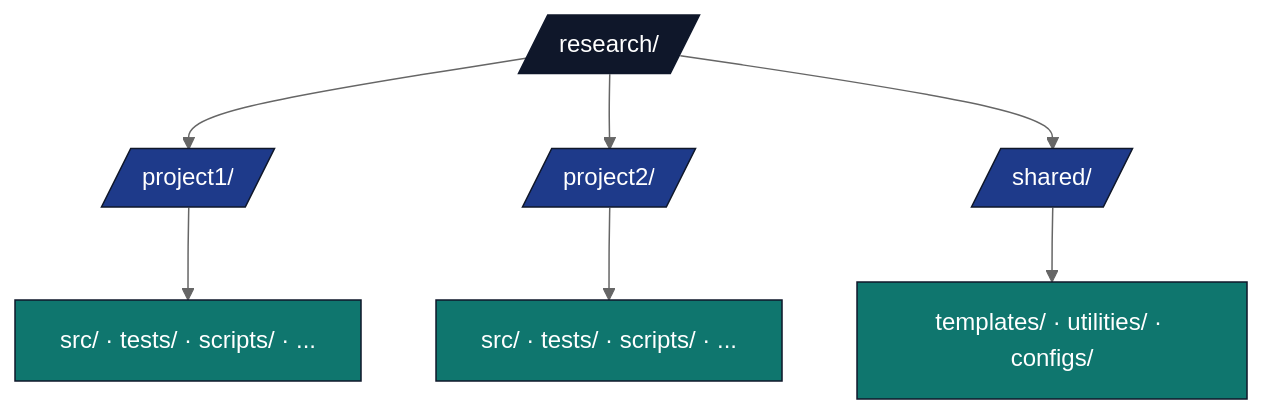
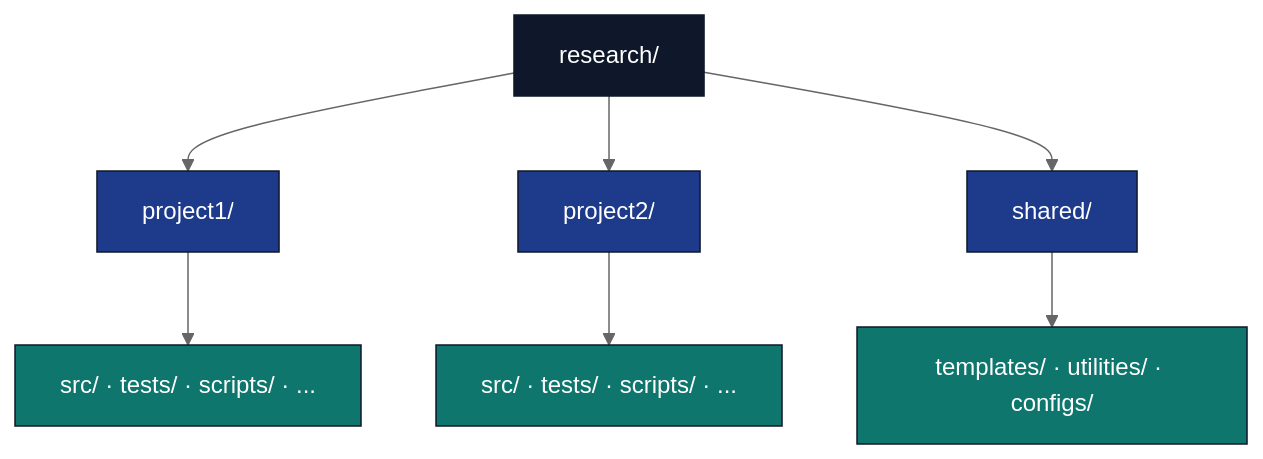
The diagram in docs/best-practices/multi-project-management.md (docxology/template), drawn with Mermaid (neutral theme) before and after one commit. The commit also changed 94 other files, not shown here.

````diff
--- a/docs/best-practices/multi-project-management.md
+++ b/docs/best-practices/multi-project-management.md
@@ -79,18 +79,18 @@
 ```mermaid
 flowchart TB
-    R[/research//]
-    R --> P1[/project1//]
-    R --> P2[/project2//]
-    R --> SH[/shared//]
+    R[research/]
+    R --> P1[project1/]
+    R --> P2[project2/]
+    R --> SH[shared/]
 
     P1 --> P1_F[src/ · tests/ · scripts/ · ...]
     P2 --> P2_F[src/ · tests/ · scripts/ · ...]
     SH --> SH_F[templates/ · utilities/ · configs/]
 
     classDef d fill:#0f172a,stroke:#0f172a,color:#fff
     classDef pkg fill:#1e3a8a,stroke:#0f172a,color:#fff
     classDef f fill:#0f766e,stroke:#0f172a,color:#fff
     class R d
     class P1,P2,SH pkg
     class P1_F,P2_F,SH_F f
 ```
````
